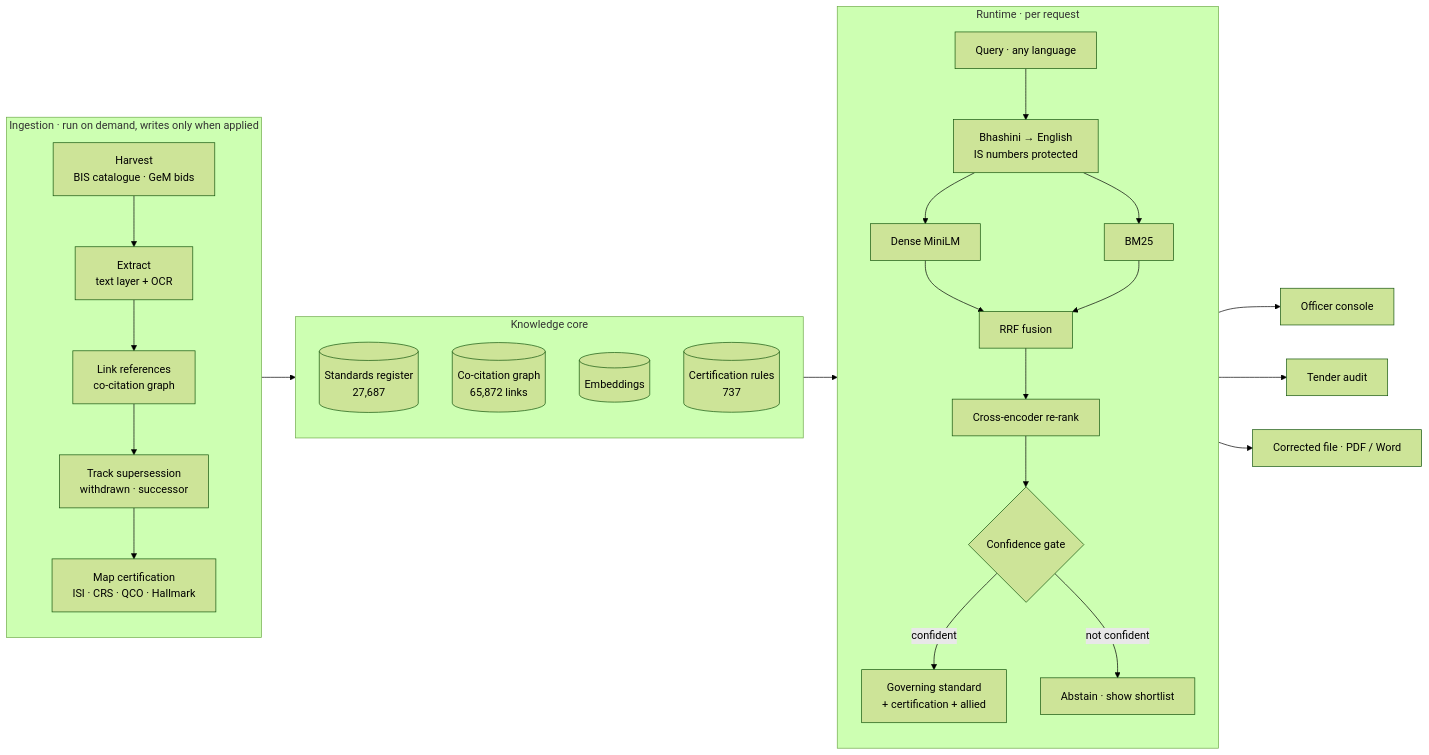
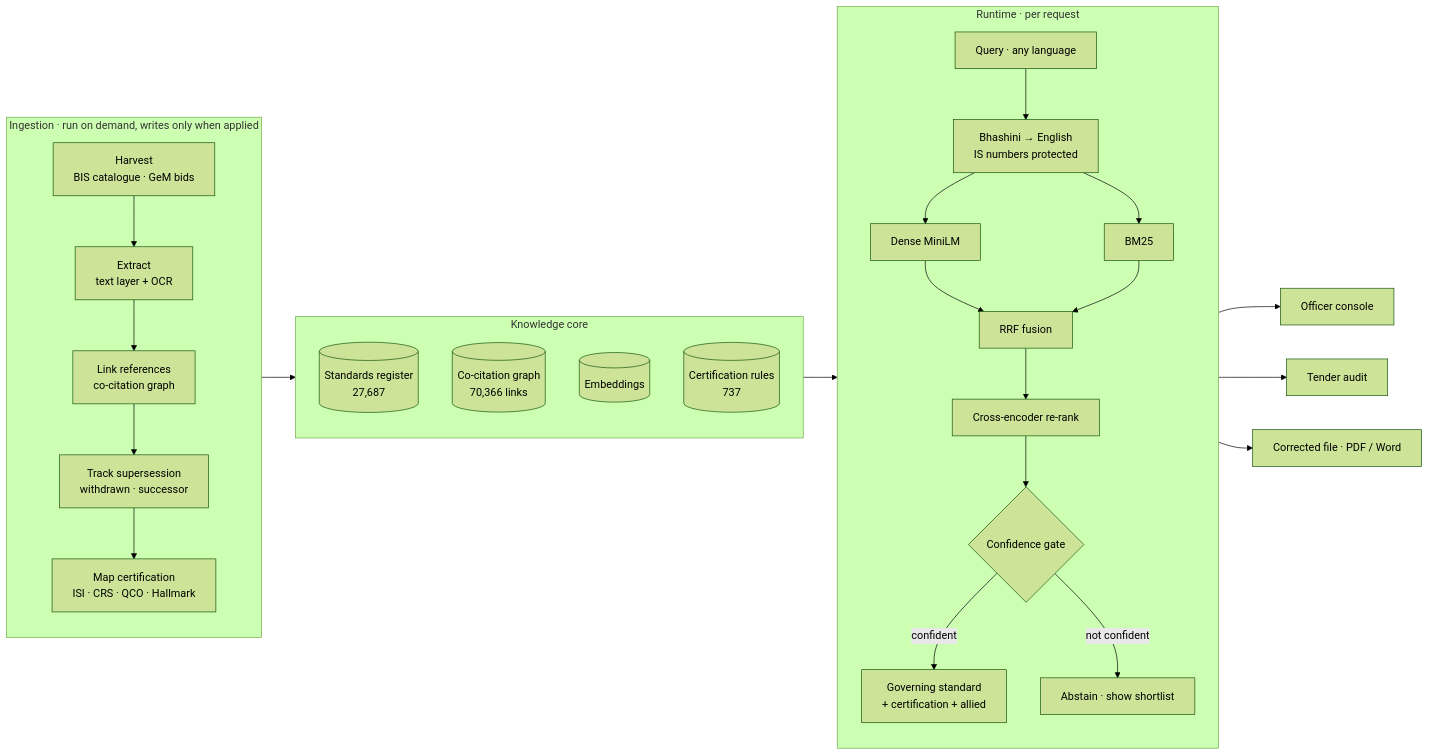
Before and after one commit to Jay-Naik2526/niyamkosh: the diagram in README.md, drawn with Mermaid (forest theme). The commit also changed other lines of this file and 11 other files, not shown here.

First line of the commit message:
Count OCR-read tenders in the headline and the co-citation graph

````diff
--- a/README.md
+++ b/README.md
@@ -115,35 +115,35 @@
 ```mermaid
 flowchart LR
     subgraph ING["Ingestion · run on demand, writes only when applied"]
         direction TB
         H[Harvest<br/>BIS catalogue · GeM bids] --> X[Extract<br/>text layer + OCR]
         X --> L[Link references<br/>co-citation graph]
         L --> S[Track supersession<br/>withdrawn · successor]
         S --> C[Map certification<br/>ISI · CRS · QCO · Hallmark]
     end
 
     subgraph CORE["Knowledge core"]
         R[(Standards register<br/>27,687)]
-        G[(Co-citation graph<br/>65,872 links)]
+        G[(Co-citation graph<br/>70,366 links)]
         V[(Embeddings)]
         CR[(Certification rules<br/>737)]
     end
 
     subgraph RUN["Runtime · per request"]
         direction TB
         Q[Query · any language] --> T[Bhashini → English<br/>IS numbers protected]
         T --> D[Dense MiniLM] & B[BM25]
         D --> F[RRF fusion]
         B --> F
         F --> CE[Cross-encoder re-rank]
         CE --> GATE{Confidence gate}
         GATE -->|confident| ANS[Governing standard<br/>+ certification + allied]
         GATE -->|not confident| SH[Abstain · show shortlist]
     end
 
     ING --> CORE
     CORE --> RUN
     ANS --> OUT1[Officer console]
     ANS --> OUT2[Tender audit]
     ANS --> OUT3[Corrected file · PDF / Word]
 ```
````
